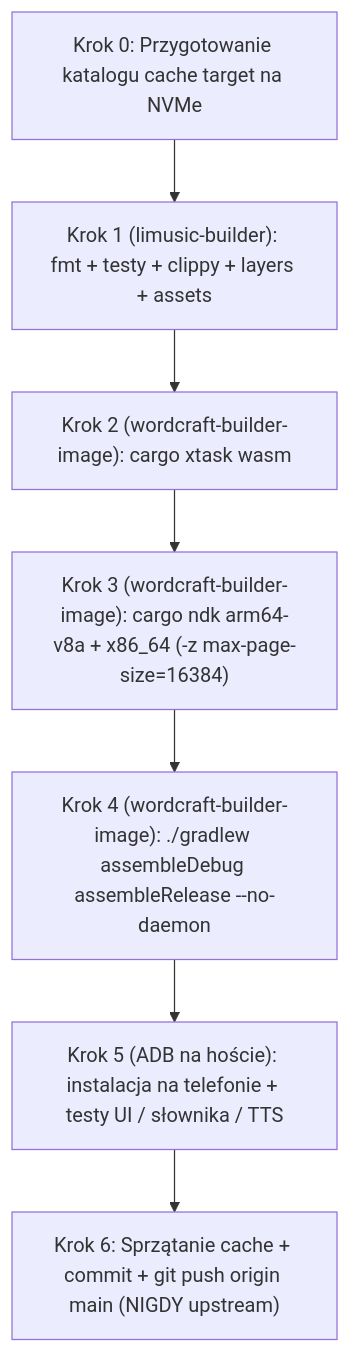
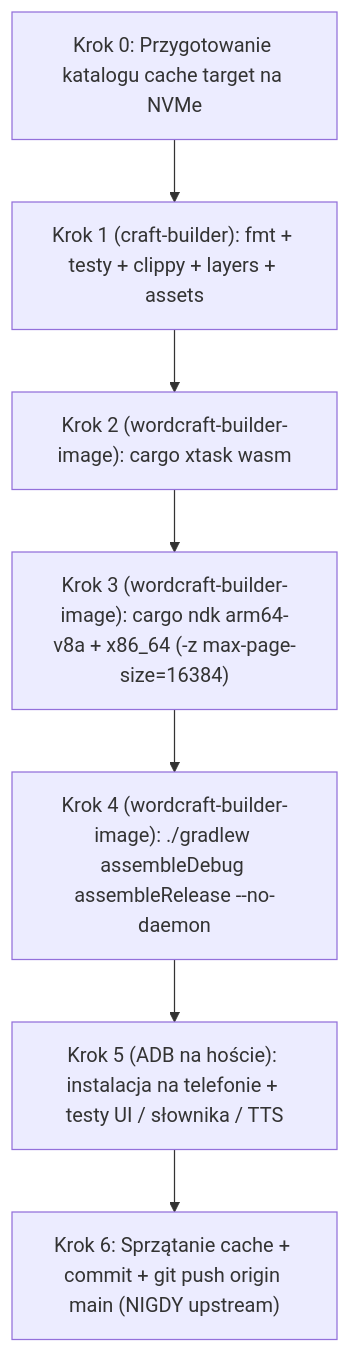
One commit to lukasz-sklad/word-apk changed the diagram in word-budowanie.md. Above: the diagram before and after it, drawn with Mermaid. The commit also changed other lines of this file, not shown here.

Commit message:
docs: update builder tag to craft-builder, mount .android keystore, add light CI mode

````diff
--- a/word-budowanie.md
+++ b/word-budowanie.md
@@ -86,9 +86,9 @@
 ```mermaid
 flowchart TD
-    S0["Krok 0: Przygotowanie katalogu cache target na NVMe"] --> S1["Krok 1 (limusic-builder): fmt + testy + clippy + layers + assets"]
+    S0["Krok 0: Przygotowanie katalogu cache target na NVMe"] --> S1["Krok 1 (craft-builder): fmt + testy + clippy + layers + assets"]
     S1 --> S2["Krok 2 (wordcraft-builder-image): cargo xtask wasm"]
     S2 --> S3["Krok 3 (wordcraft-builder-image): cargo ndk arm64-v8a + x86_64 (-z max-page-size=16384)"]
     S3 --> S4["Krok 4 (wordcraft-builder-image): ./gradlew assembleDebug assembleRelease --no-daemon"]
     S4 --> S5["Krok 5 (ADB na hoście): instalacja na telefonie + testy UI / słownika / TTS"]
     S5 --> S6["Krok 6: Sprzątanie cache + commit + git push origin main (NIGDY upstream)"]
 ```
````
